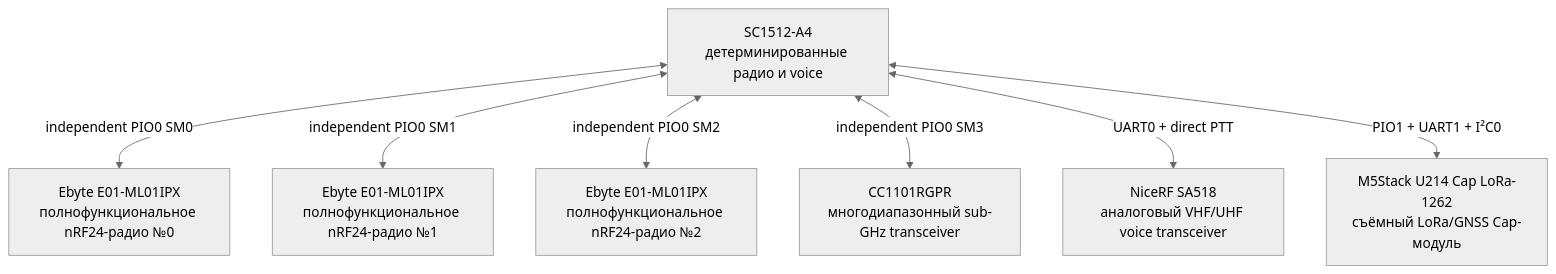
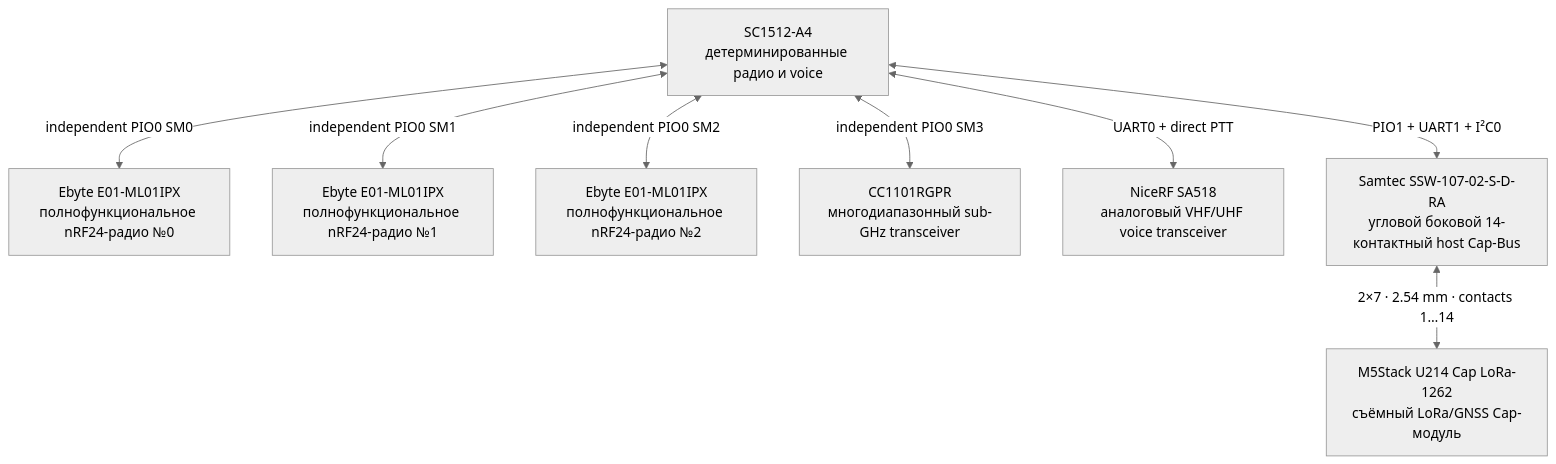
The fourth of 10 diagrams in README.ru.md (anton-vinogradov/esp32-leshy2), drawn with Mermaid (neutral theme) before and after one commit. The commit also changed other lines of this file and 20 other files, not shown here.

Commit message:
Fix layout legend and close U214 host connector

````diff
--- a/README.ru.md
+++ b/README.ru.md
@@ -111,16 +111,18 @@
 ```mermaid
 flowchart TD
 RP["SC1512-A4<br/>детерминированные радио и voice"]
 NRF0["Ebyte E01-ML01IPX<br/>полнофункциональное nRF24-радио №0"]
 NRF1["Ebyte E01-ML01IPX<br/>полнофункциональное nRF24-радио №1"]
 NRF2["Ebyte E01-ML01IPX<br/>полнофункциональное nRF24-радио №2"]
 CC["CC1101RGPR<br/>многодиапазонный sub-GHz transceiver"]
 VOICE["NiceRF SA518<br/>аналоговый VHF/UHF voice transceiver"]
+U214_CONNECTOR["Samtec SSW-107-02-S-D-RA<br/>угловой боковой 14-контактный host Cap-Bus"]
 U214["M5Stack U214 Cap LoRa-1262<br/>съёмный LoRa/GNSS Cap-модуль"]
   RP <-->|"independent PIO0 SM0"| NRF0
   RP <-->|"independent PIO0 SM1"| NRF1
   RP <-->|"independent PIO0 SM2"| NRF2
   RP <-->|"independent PIO0 SM3"| CC
   RP <-->|"UART0 + direct PTT"| VOICE
-  RP <-->|"PIO1 + UART1 + I²C0"| U214
+  RP <-->|"PIO1 + UART1 + I²C0"| U214_CONNECTOR
+  U214_CONNECTOR <-->|"2×7 · 2.54 mm · contacts 1…14"| U214
 ```
````
